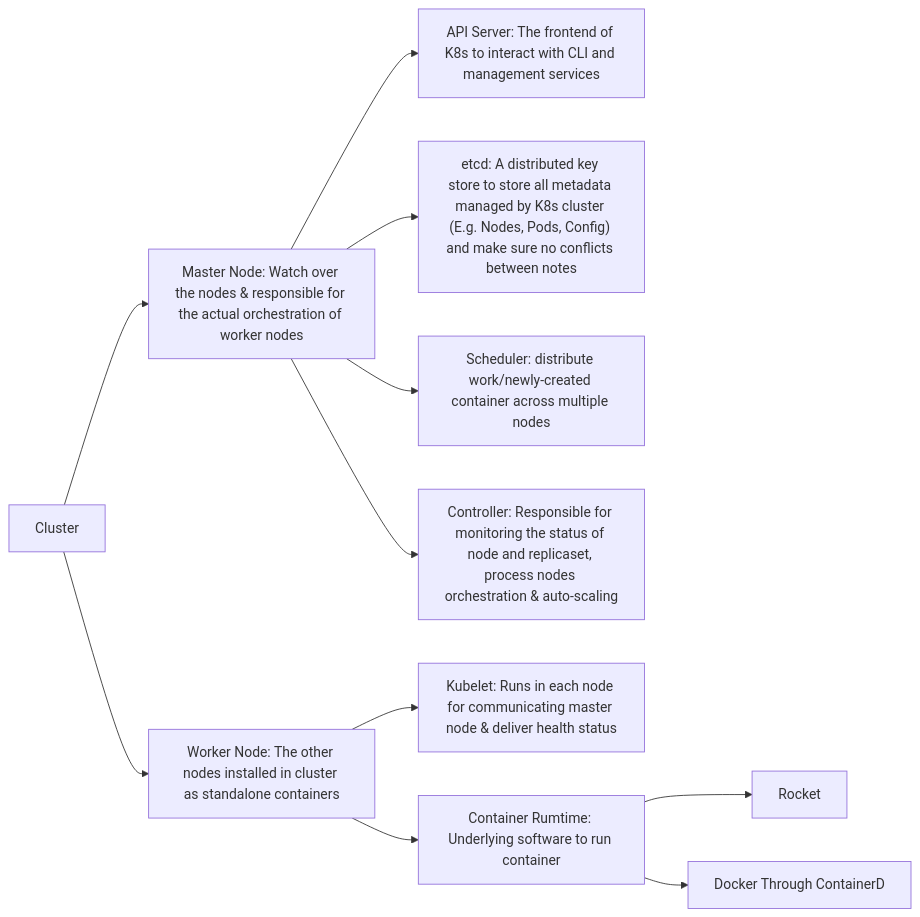
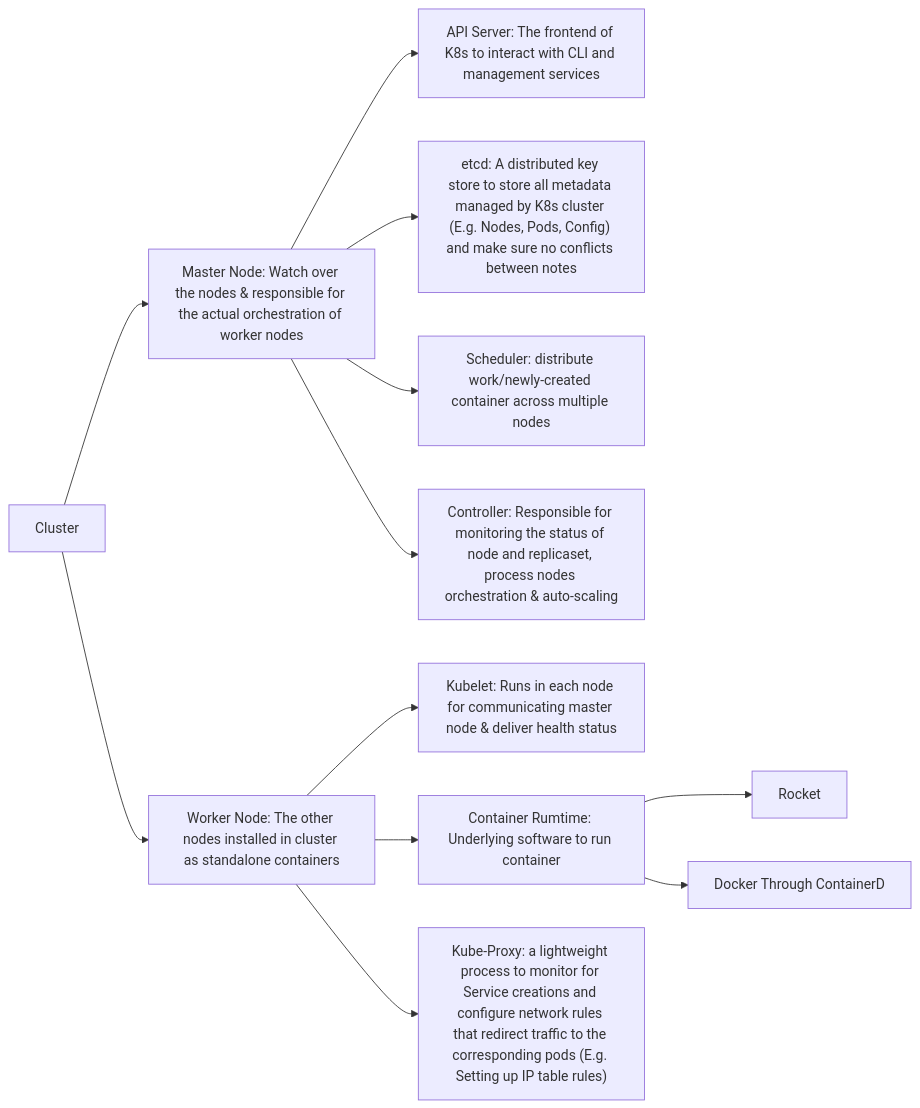
One commit to Nelson-Sl/kubernetes changed the second of 2 diagrams in K8s Architecture.md. Above: the diagram before and after it, drawn with Mermaid. The commit also changed 2 other files, not shown here.

Commit message:
vault backup: 2026-05-25 23:46:21

````diff
--- a/K8s Architecture.md
+++ b/K8s Architecture.md
@@ -18,13 +18,14 @@
 ```mermaid
 flowchart LR;
 Cluster-->MasterNode["Master Node: Watch over the nodes & responsible for the actual orchestration of worker nodes"];
 Cluster-->WorkerNode["Worker Node: The other nodes installed in cluster as standalone containers"]
 MasterNode-->ApiServer["API Server: The frontend of K8s to interact with CLI and management services"]
 MasterNode-->etcd["etcd: A distributed key store to store all metadata managed by K8s cluster (E.g. Nodes, Pods, Config) and make sure no conflicts between notes"]
 MasterNode-->scheduler["Scheduler: distribute work/newly-created container across multiple nodes"]
 MasterNode-->controller["Controller: Responsible for monitoring the status of node and replicaset, process nodes orchestration & auto-scaling"]
 WorkerNode-->kubelet["Kubelet: Runs in each node for communicating master node & deliver health status"]
 WorkerNode-->runtime["Container Rumtime: Underlying software to run container"]
+WorkerNode-->Kube-Proxy["Kube-Proxy: a lightweight process to monitor for Service creations and configure network rules that redirect traffic to the corresponding pods (E.g. Setting up IP table rules)"]
 runtime-->Rocket
 runtime-->Docker["Docker Through ContainerD"]
 ```
````
